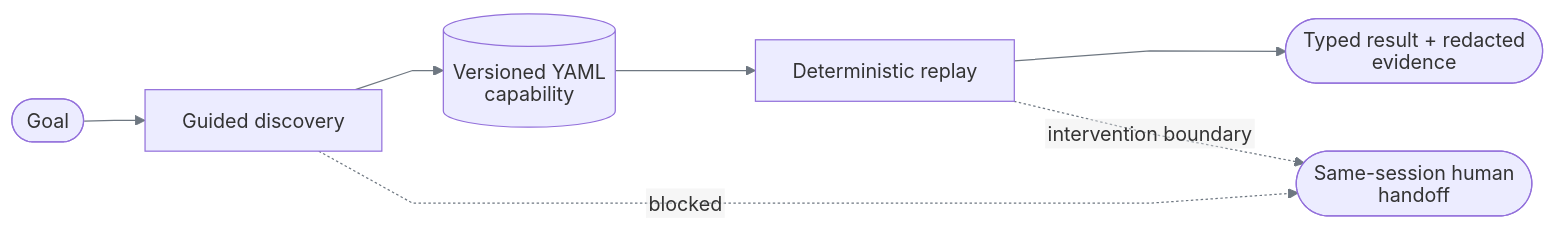
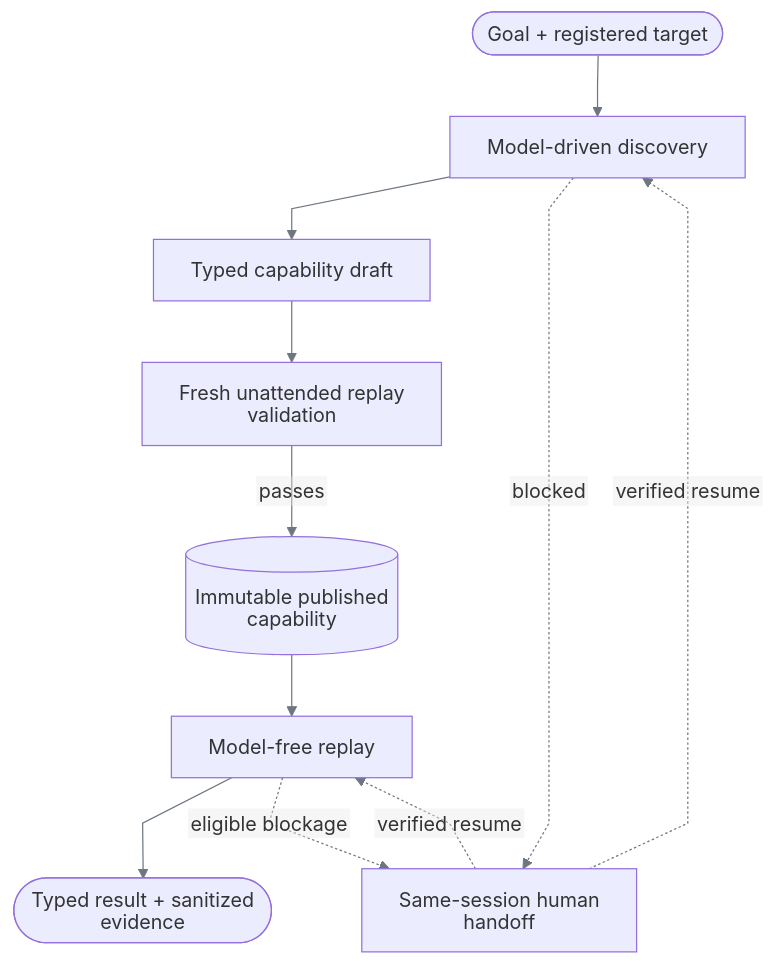
The diagram in README.md (SivaTSS/replay-forge), drawn with Mermaid before and after one commit. The commit also changed other lines of this file, not shown here.

Commit message:
docs(readme): align setup, discovery, handoff and storage with implementation

````diff
--- a/README.md
+++ b/README.md
@@ -5,10 +6,14 @@
 ```mermaid
 %%{init: {"htmlLabels":false,"themeVariables":{"lineColor":"#6E7781","signalColor":"#6E7781"},"flowchart":{"curve":"linear"},"sequence":{"wrap":true}}}%%
-flowchart LR
-    G([Goal]) --> D[Guided discovery]
-    D --> A[(Versioned YAML capability)]
-    A --> R[Deterministic replay]
-    R --> X([Typed result + redacted evidence])
-    R -. intervention boundary .-> H([Same-session human handoff])
-    D -. blocked .-> H
+flowchart TD
+    G([Goal + registered target]) --> D[Model-driven discovery]
+    D --> A[Typed capability draft]
+    A --> V[Fresh unattended replay validation]
+    V -->|passes| P[(Immutable published capability)]
+    P --> R[Model-free replay]
+    R --> X([Typed result + sanitized evidence])
+    D -. blocked .-> H[Same-session human handoff]
+    R -. eligible blockage .-> H
+    H -. verified resume .-> D
+    H -. verified resume .-> R
 ```
````
